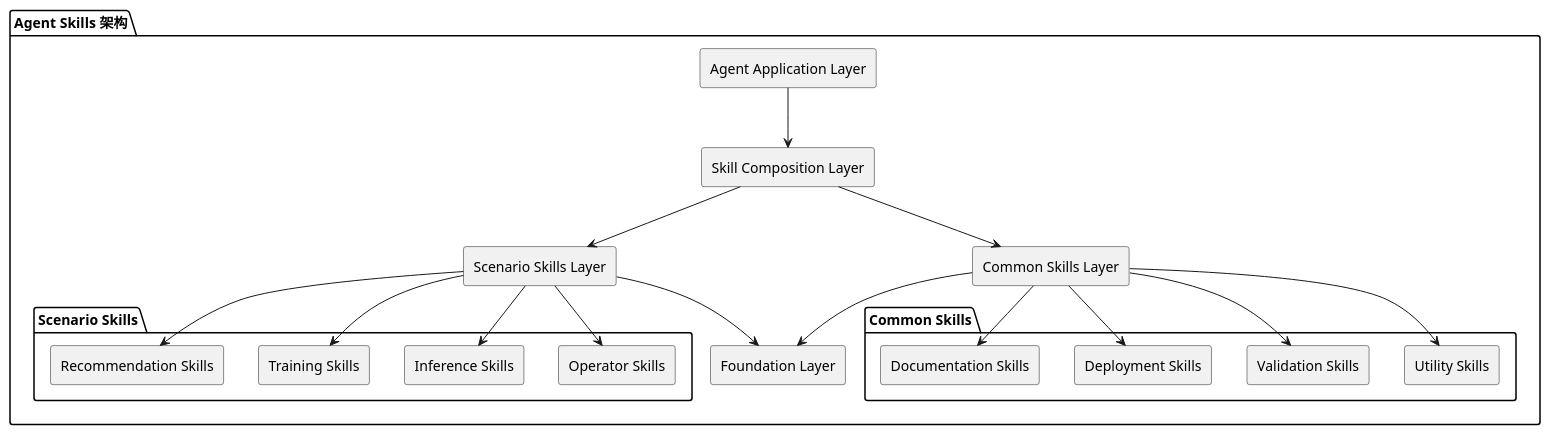
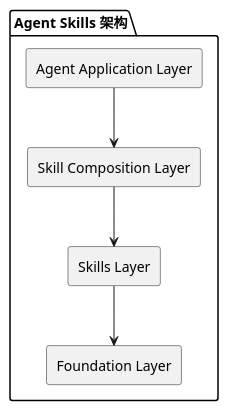
Before and after one commit to Ascend/agent-skills: the diagram in docs/design/repository-design.md, drawn with PlantUML. The commit also changed other lines of this file and 1 other file, not shown here.

Commit message:
更新设计文档和更新README

# message auto-generated for no-merge-commit merge:
!4 merge docs/update-design-docs into master

更新设计文档和更新README

Description: 按照如下会议讨论，更新代码仓设计文档和README文档。
Agent skills代码仓设计方案澄清
1、梳理了业界anthropics、huggingface、vercel-labs、OpenClaw、Microsoft、Obra等社区skills代码仓结构，以及各目录结构核心用途和设计思路；
2、Ascend社区Agent skills代码仓本着简单设计原则，初始版本先实现核心功能，以繁荣生态为目标，让参与者可以快速理解， 后续逐步考虑增强添加CLI等功能，架构设计支持后续功能扩展；
3、占杰分享了在现有开发者Skill仓库基础上，未来可借鉴Huggingface skills架构，通过Ascend-Cli 统一入口网关进行增强的设计思路方案

关键结论：
1、	Agent skills代码仓先平铺，不区分算子、推理、训练、推荐等具体场景和通用技能
2、	在根目录下增加一个AGENT.md向使用者 / 贡献者清晰传递 Agent 的设计理念、边界和扩展方式，社区复用官方现有规范，整个代码仓需要遵循skill规范《The Complete Guide to Building Skills for Claude》
3、	按照前期规划的清单，已经成熟的skill在遵循社区规则前提下，逐步迁移到代码仓，在调测过程中，存在问题，及时提issue进行改进

See merge request: Ascend/agent-skills!4

````diff
--- a/docs/design/repository-design.md
+++ b/docs/design/repository-design.md
@@ -55,45 +46,18 @@
 ```plantuml
 @startuml
 skinparam componentStyle rectangle
 
 package "Agent Skills 架构" {
     
     [Agent Application Layer] as app
     [Skill Composition Layer] as composition
-    [Scenario Skills Layer] as scenario
-    [Common Skills Layer] as common
+    [Skills Layer] as skills
     [Foundation Layer] as foundation
     
     app --> composition
-    composition --> scenario
-    composition --> common
-    scenario --> foundation
-    common --> foundation
-    
-    package "Scenario Skills" {
-        [Operator Skills] as operators
-        [Inference Skills] as inference
-        [Training Skills] as training
-        [Recommendation Skills] as recommendation
-        
-        scenario --> operators
-        scenario --> inference
-        scenario --> training
-        scenario --> recommendation
-    }
-    
-    package "Common Skills" {
-        [Utility Skills] as utils
-        [Validation Skills] as validators
-        [Deployment Skills] as deployment
-        [Documentation Skills] as docs
-        
-        common --> utils
-        common --> validators
-        common --> deployment
-        common --> docs
-    }
+    composition --> skills
+    skills --> foundation
 }
 
 @enduml
 ```
````
